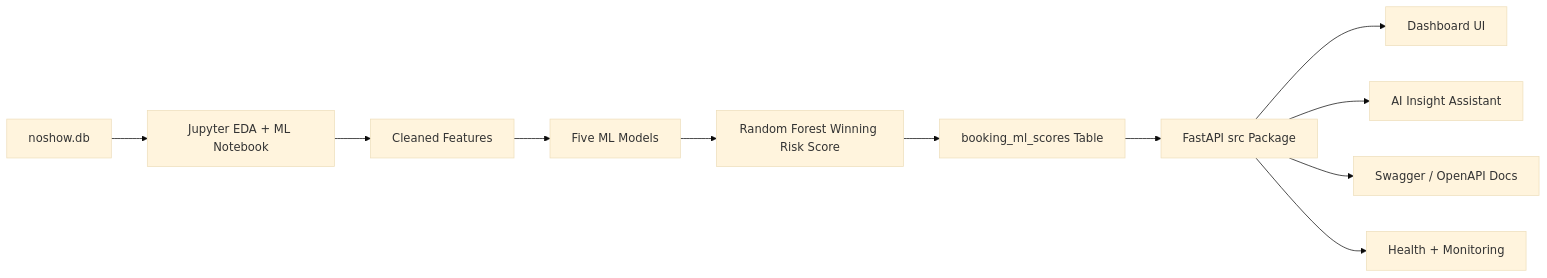
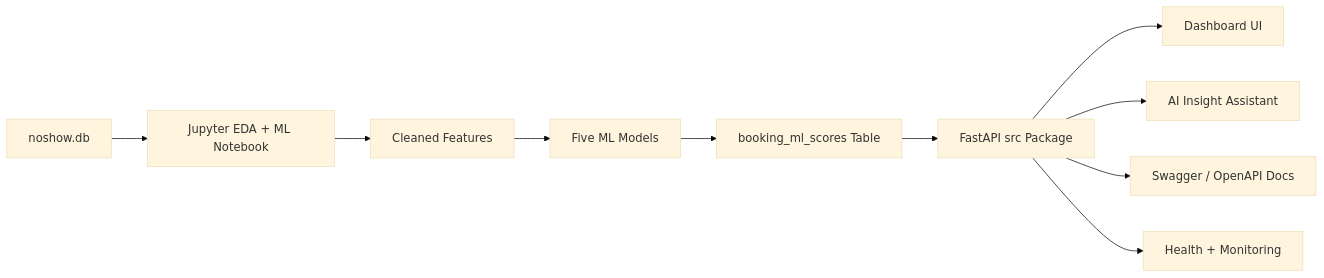
Before and after one commit to baqspaces/hotel-noshow-prediction-llm-agent: the first of 3 diagrams in OVERALL_ARCHITECTURE.md, drawn with Mermaid (base theme).

````diff
--- a/OVERALL_ARCHITECTURE.md
+++ b/OVERALL_ARCHITECTURE.md
@@ -5,13 +5,12 @@
 ```mermaid
 flowchart LR
     A[noshow.db] --> B[Jupyter EDA + ML Notebook]
     B --> C[Cleaned Features]
     C --> D[Five ML Models]
-    D --> E[Random Forest Winning Risk Score]
-    E --> F[booking_ml_scores Table]
-    F --> G[FastAPI src Package]
-    G --> H[Dashboard UI]
-    G --> I[AI Insight Assistant]
-    G --> J[Swagger / OpenAPI Docs]
-    G --> K[Health + Monitoring]
+    D --> E[booking_ml_scores Table]
+    E --> F[FastAPI src Package]
+    F --> G[Dashboard UI]
+    F --> H[AI Insight Assistant]
+    F --> I[Swagger / OpenAPI Docs]
+    F --> J[Health + Monitoring]
 ```
````
